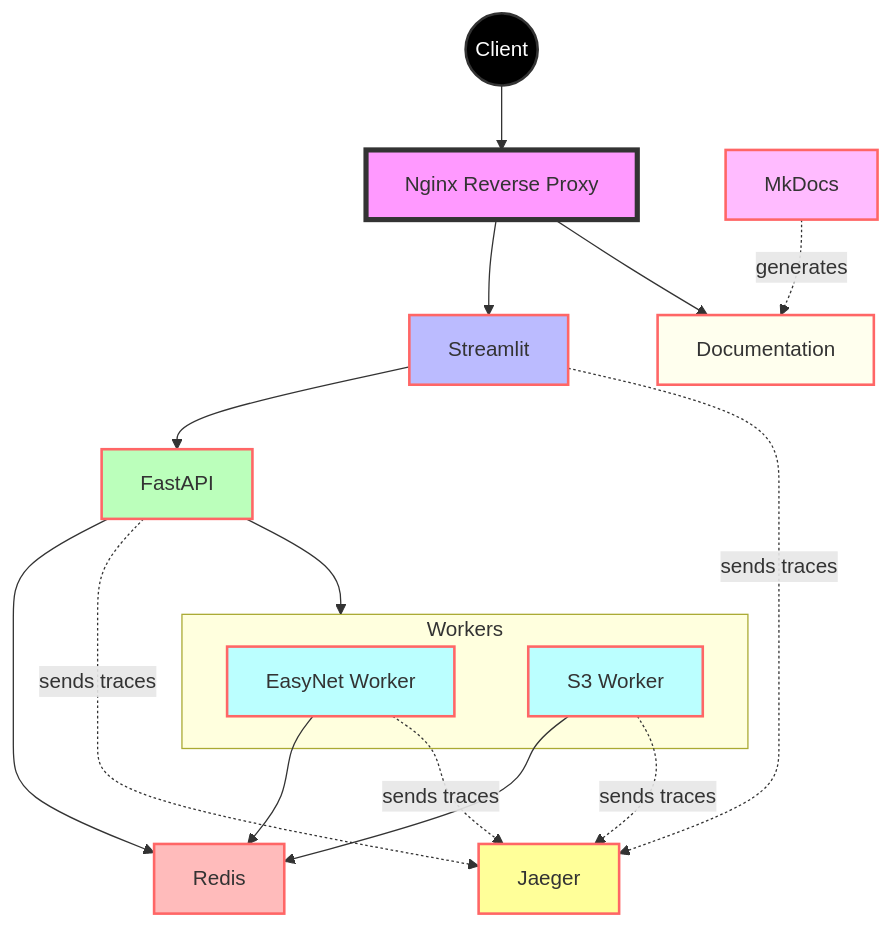
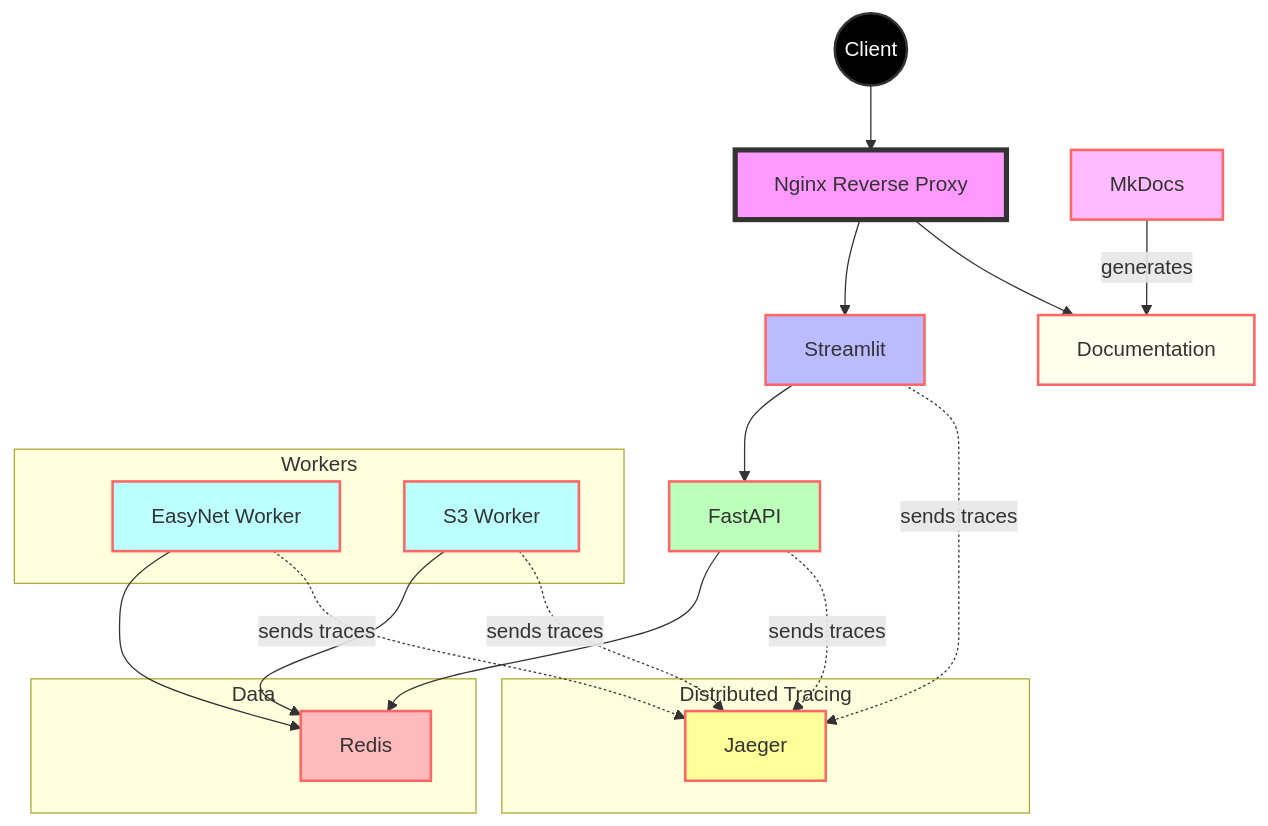
The diagram in mkdocs/doc_files/architecture.md (icmtf/sl2), drawn with Mermaid before and after one commit. The commit also changed 14 other files, not shown here.

````diff
--- a/mkdocs/doc_files/architecture.md
+++ b/mkdocs/doc_files/architecture.md
@@ -9,34 +9,43 @@
 ```mermaid
 graph TD
     client((Client))
     client --> nginx[Nginx Reverse Proxy]
     nginx --> streamlit[Streamlit]
     nginx --> docs[Documentation]
     streamlit --> fastapi[FastAPI]
-    fastapi --> redis[Redis]
+    mkdocs[MkDocs] --> |generates| docs
+
     subgraph Workers
         easynet[EasyNet Worker]
         s3[S3 Worker]
     end
+
+    subgraph Data
+        redis[Redis]
+    end
+
+    subgraph Distributed Tracing
+        jaeger[Jaeger]
+    end
+
     easynet --> redis
     s3 --> redis
-    fastapi --> Workers
-    mkdocs[MkDocs] -.-> |generates| docs
+    fastapi --> redis
     
-    jaeger[Jaeger]
     streamlit -.-> |sends traces| jaeger
     fastapi -.-> |sends traces| jaeger
     easynet -.-> |sends traces| jaeger
     s3 -.-> |sends traces| jaeger
     
+    %% Styles
     style client fill:#000,stroke:#333,stroke-width:2px,color:#fff
     style nginx fill:#f9f,stroke:#333,stroke-width:4px
     style streamlit fill:#bbf,stroke:#f66,stroke-width:2px
     style fastapi fill:#bfb,stroke:#f66,stroke-width:2px
     style redis fill:#fbb,stroke:#f66,stroke-width:2px
     style easynet fill:#bff,stroke:#f66,stroke-width:2px
     style s3 fill:#bff,stroke:#f66,stroke-width:2px
     style mkdocs fill:#fbf,stroke:#f66,stroke-width:2px
     style docs fill:#ffe,stroke:#f66,stroke-width:2px
     style jaeger fill:#ff9,stroke:#f66,stroke-width:2px
 ```
````
